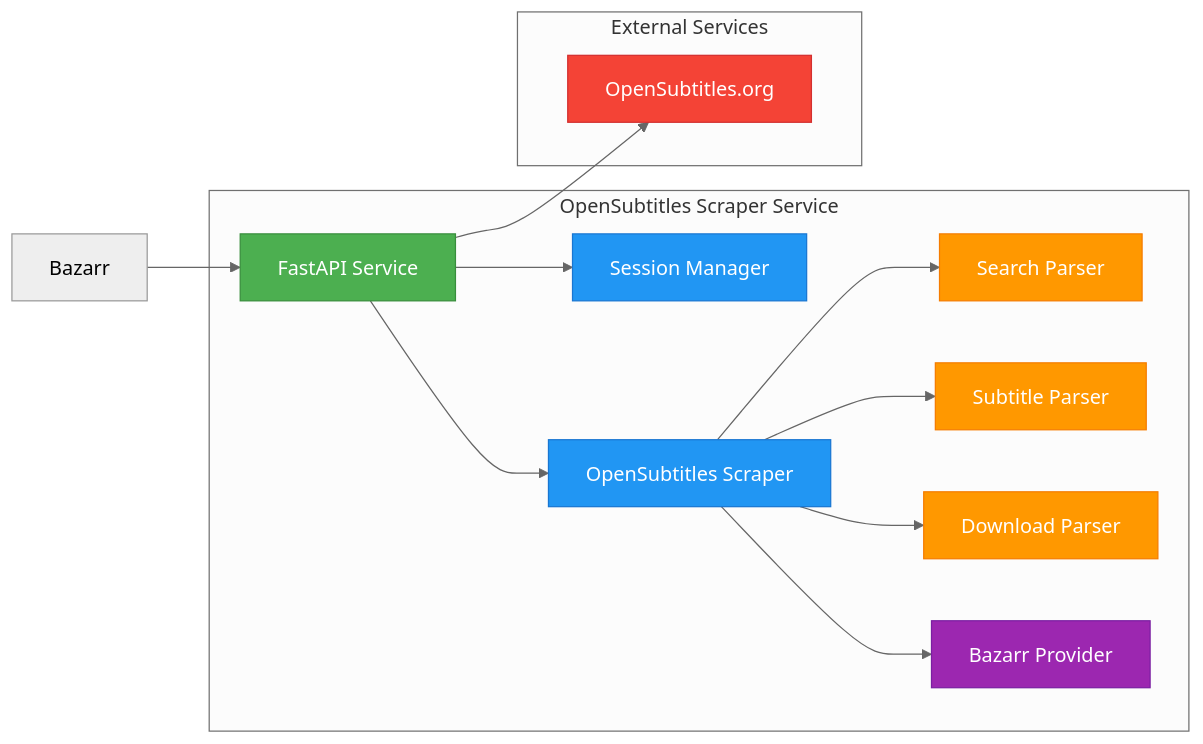
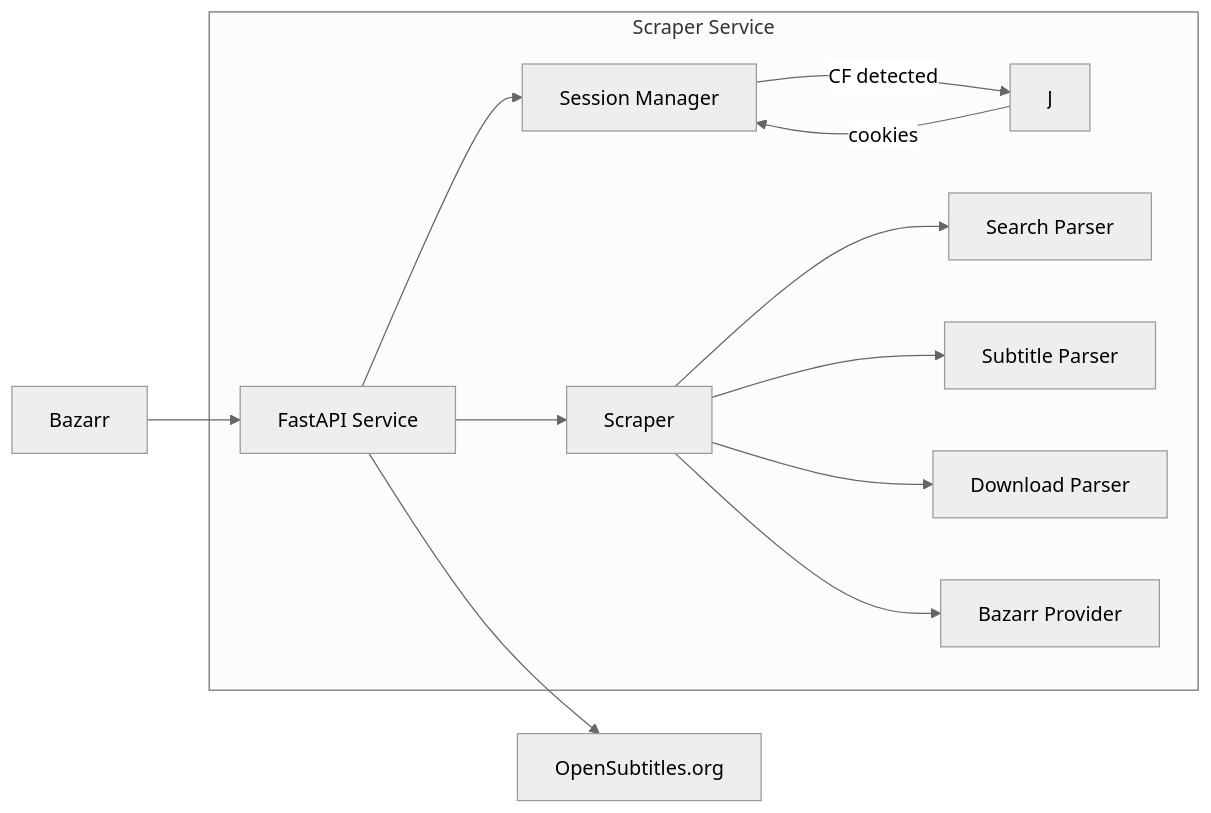
The diagram in README.md (LavX/opensubtitles-scraper), drawn with Mermaid (neutral theme) before and after one commit. The commit also changed other lines of this file and 9 other files, not shown here.

````diff
--- a/README.md
+++ b/README.md
@@ -22,28 +41,15 @@
 ```mermaid
 graph LR
     A[Bazarr] --> B[FastAPI Service]
     B --> C[OpenSubtitles.org]
-    
-    subgraph "OpenSubtitles Scraper Service"
-        B
+    subgraph "Scraper Service"
         B --> D[Session Manager]
-        B --> E[OpenSubtitles Scraper]
+        B --> E[Scraper]
+        D -->|"CF detected"| J
+        J -->|"cookies"| D
         E --> F[Search Parser]
         E --> G[Subtitle Parser]
         E --> H[Download Parser]
         E --> I[Bazarr Provider]
     end
-    
-    subgraph "External Services"
-        C
-    end
-    
-    style B fill:#4CAF50,stroke:#388E3C,color:white
-    style D fill:#2196F3,stroke:#1976D2,color:white
-    style E fill:#2196F3,stroke:#1976D2,color:white
-    style F fill:#FF9800,stroke:#F57C00,color:white
-    style G fill:#FF9800,stroke:#F57C00,color:white
-    style H fill:#FF9800,stroke:#F57C00,color:white
-    style I fill:#9C27B0,stroke:#7B1FA2,color:white
-    style C fill:#F44336,stroke:#D32F2F,color:white
 ```
````
